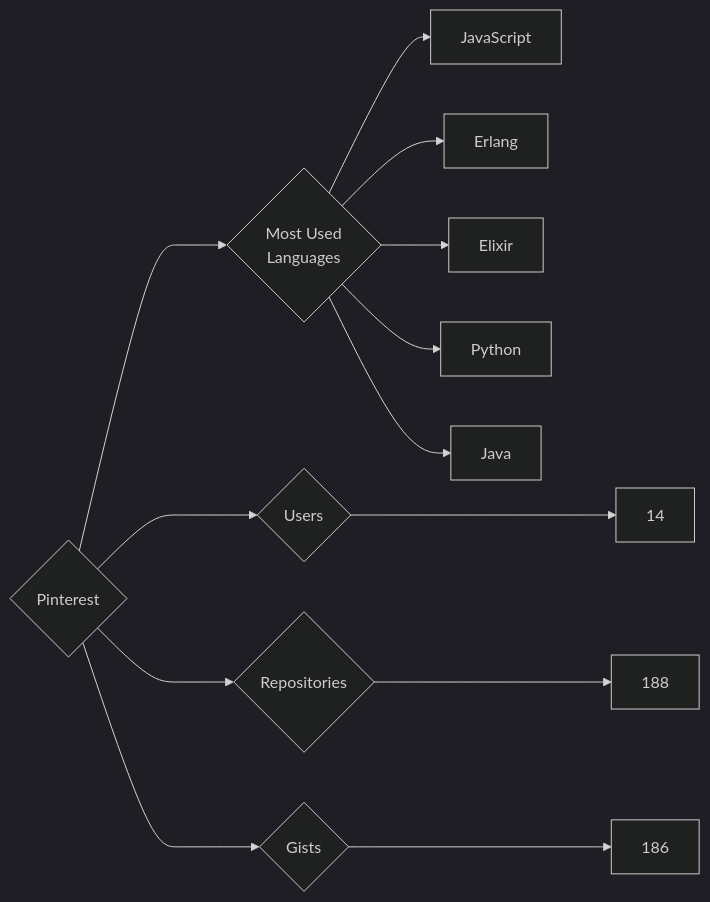
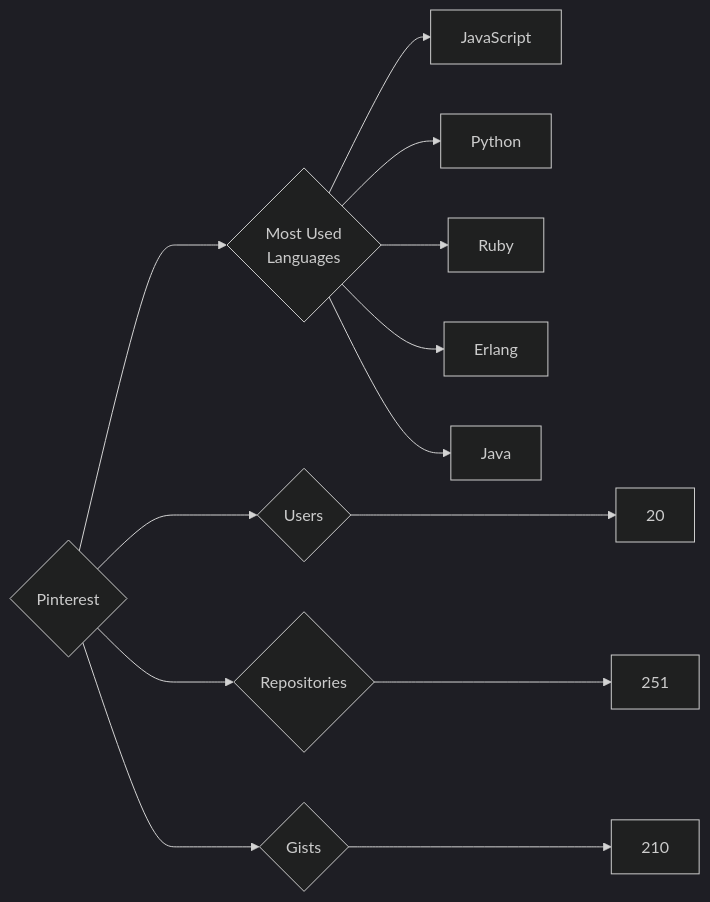
The diagram in targets/Pinterest/README.md (trickest/insiders), drawn with Mermaid (dark theme) before and after one commit. The commit also changed 695 other files, not shown here.

````diff
--- a/targets/Pinterest/README.md
+++ b/targets/Pinterest/README.md
@@ -3,13 +3,13 @@
 ```mermaid
 graph LR
 COMPANY_NAME{Pinterest}
-COMPANY_NAME ---> U{Users} ---> UN[14]
-COMPANY_NAME ---> R{Repositories} ---> RN[188]
-COMPANY_NAME ---> G{Gists} ---> GN[186]
+COMPANY_NAME ---> U{Users} ---> UN[20]
+COMPANY_NAME ---> R{Repositories} ---> RN[251]
+COMPANY_NAME ---> G{Gists} ---> GN[210]
 COMPANY_NAME ---> ML{Most Used<br>Languages}
 ML --> JavaScript[JavaScript]
+ML --> Python[Python]
+ML --> Ruby[Ruby]
 ML --> Erlang[Erlang]
-ML --> Elixir[Elixir]
-ML --> Python[Python]
 ML --> Java[Java]
 ```
````
